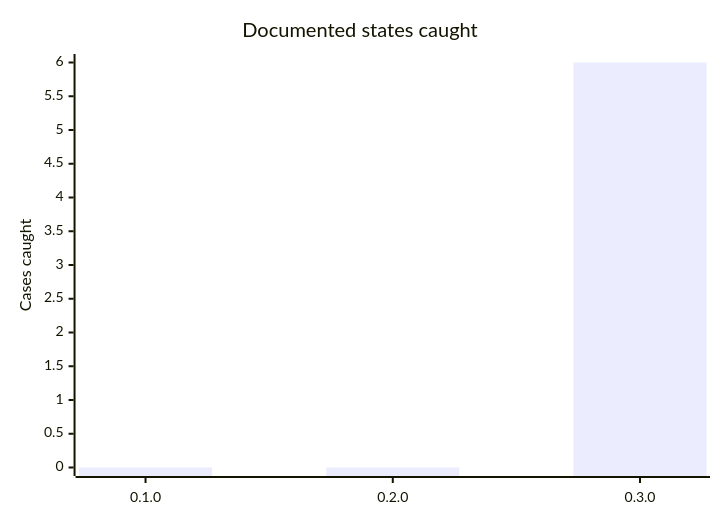
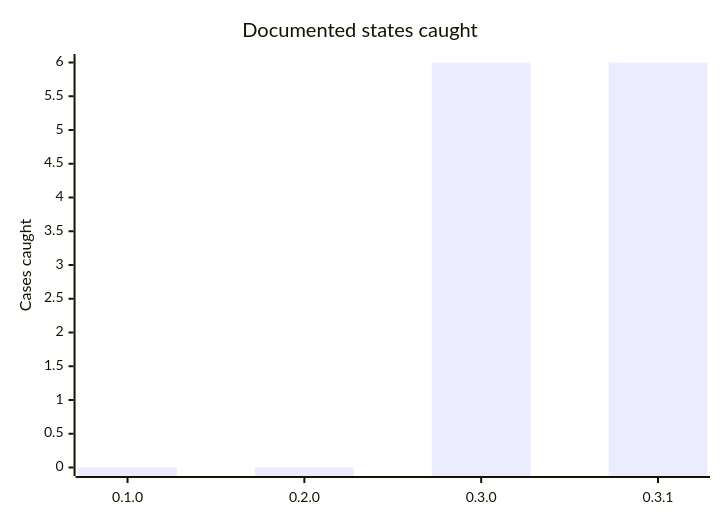
One commit to raframil/uninvent changed the second of 2 diagrams in BENCHMARK.md. Above: the diagram before and after it, drawn with Mermaid. The commit also changed other lines of this file and 1 other file, not shown here.

````diff
--- a/BENCHMARK.md
+++ b/BENCHMARK.md
@@ -53,7 +66,7 @@
 ```mermaid
 xychart-beta
     title "Documented states caught"
-    x-axis ["0.1.0", "0.2.0", "0.3.0"]
+    x-axis ["0.1.0", "0.2.0", "0.3.0", "0.3.1"]
     y-axis "Cases caught" 0 --> 6
-    bar [0, 0, 6]
+    bar [0, 0, 6, 6]
 ```
````
